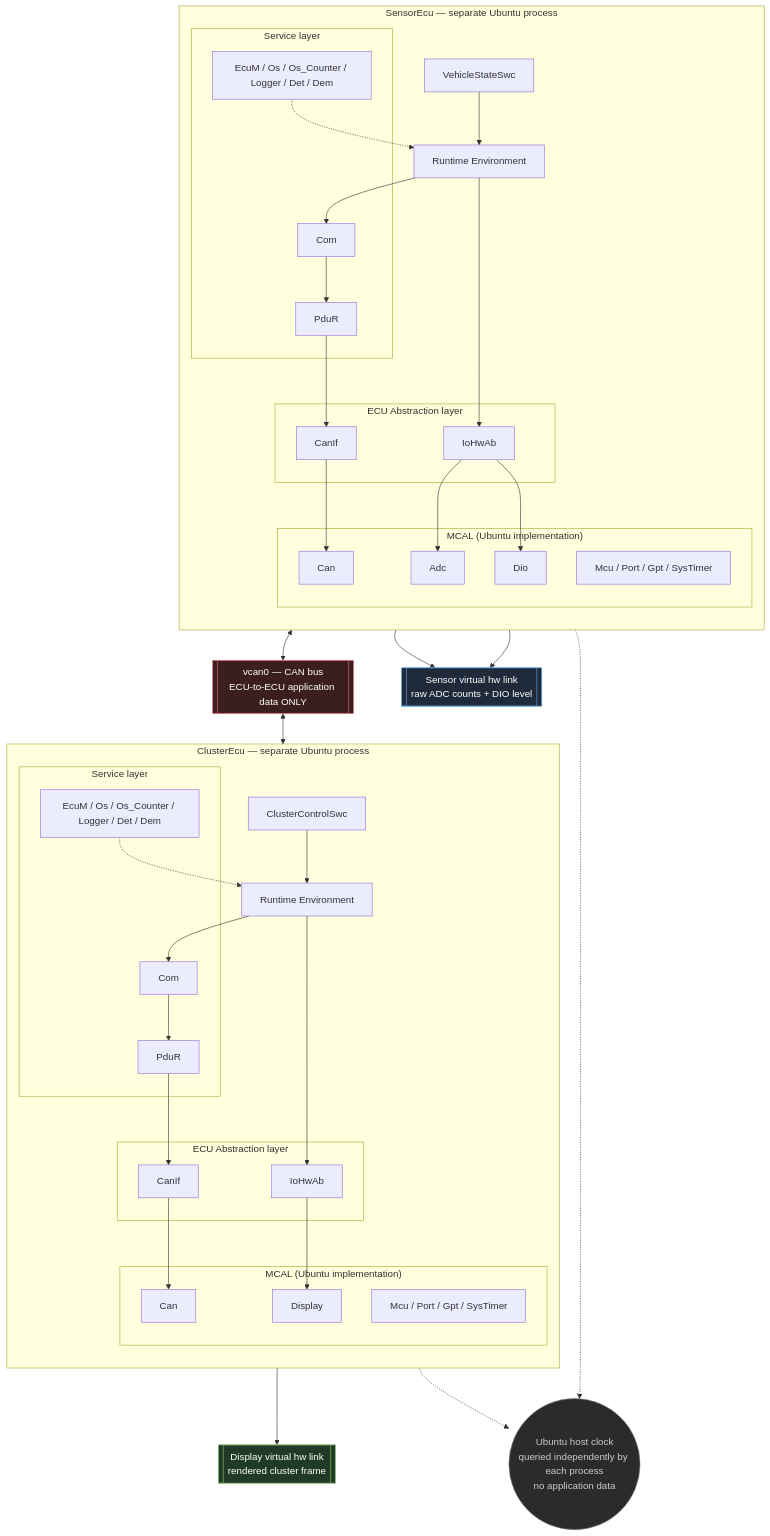
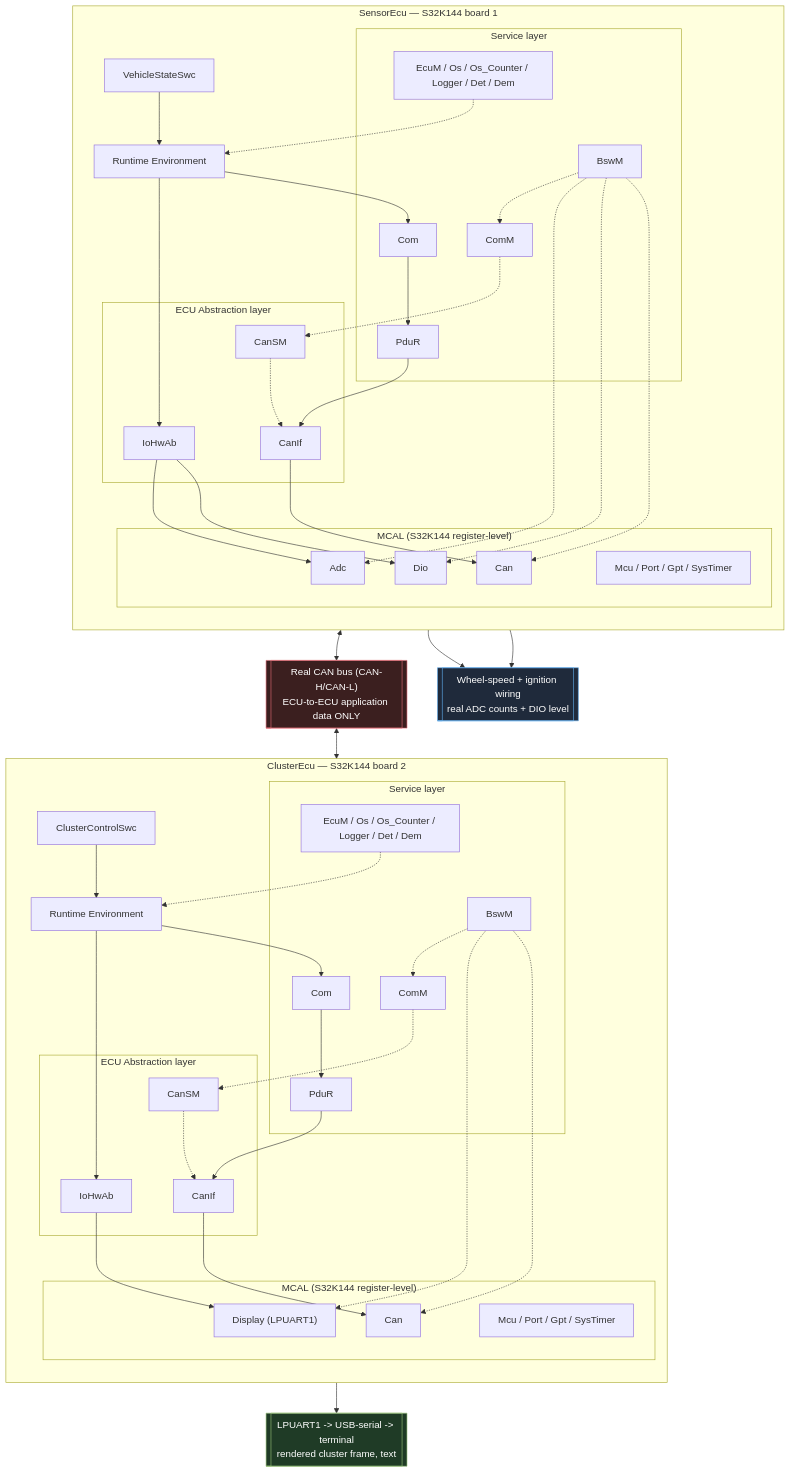
The first of 4 diagrams in docs/ARCHITECTURE.md (TTonyVi/autosar_s1), drawn with Mermaid before and after one commit. The commit also changed other lines of this file and 203 other files, not shown here.

First line of the commit message:
Pivot main tree to S32K144-hardware-only, freeze Ubuntu sim in legacy-sim/

````diff
--- a/docs/ARCHITECTURE.md
+++ b/docs/ARCHITECTURE.md
@@ -16,6 +28,6 @@
 ```mermaid
 flowchart TB
-    subgraph SENSOR["SensorEcu — separate Ubuntu process"]
+    subgraph SENSOR["SensorEcu — S32K144 board 1"]
         direction TB
         SASW["VehicleStateSwc"]
         SRTE["Runtime Environment"]
@@ -23,12 +35,15 @@
             SCOM["Com"]
             SPDUR["PduR"]
             SSRV["EcuM / Os / Os_Counter / Logger / Det / Dem"]
+            SBSWM["BswM"]
+            SCOMM["ComM"]
         end
         subgraph SEAL["ECU Abstraction layer"]
             SCANIF["CanIf"]
+            SCANSM["CanSM"]
             SIOHWAB["IoHwAb"]
         end
-        subgraph SMCAL["MCAL (Ubuntu implementation)"]
+        subgraph SMCAL["MCAL (S32K144 register-level)"]
             SCANDRV["Can"]
             SADC["Adc"]
             SDIO["Dio"]
@@ -40,9 +55,13 @@
         SIOHWAB --> SADC
         SIOHWAB --> SDIO
         SSRV -.-> SRTE
+        SBSWM -.-> SCOMM -.-> SCANSM -.-> SCANIF
+        SBSWM -.-> SADC
+        SBSWM -.-> SDIO
+        SBSWM -.-> SCANDRV
     end
 
-    subgraph CLUSTER["ClusterEcu — separate Ubuntu process"]
+    subgraph CLUSTER["ClusterEcu — S32K144 board 2"]
         direction TB
         CASW["ClusterControlSwc"]
         CRTE["Runtime Environment"]
@@ -50,41 +69,42 @@
             CCOM["Com"]
             CPDUR["PduR"]
             CSRV["EcuM / Os / Os_Counter / Logger / Det / Dem"]
+            CBSWM["BswM"]
+            CCOMM["ComM"]
         end
         subgraph CEAL["ECU Abstraction layer"]
             CCANIF["CanIf"]
+            CCANSM["CanSM"]
             CIOHWAB["IoHwAb"]
         end
-        subgraph CMCAL["MCAL (Ubuntu implementation)"]
+        subgraph CMCAL["MCAL (S32K144 register-level)"]
             CCANDRV["Can"]
-            CDISP["Display"]
+            CDISP["Display (LPUART1)"]
             CBASE["Mcu / Port / Gpt / SysTimer"]
         end
         CASW --> CRTE
         CRTE --> CCOM --> CPDUR --> CCANIF --> CCANDRV
         CRTE --> CIOHWAB --> CDISP
         CSRV -.-> CRTE
+        CBSWM -.-> CCOMM -.-> CCANSM -.-> CCANIF
+        CBSWM -.-> CDISP
+        CBSWM -.-> CCANDRV
     end
 
-    CANBUS[["vcan0 — CAN bus\nECU-to-ECU application data ONLY"]]
-    SENSORLINK[["Sensor virtual hw link\nraw ADC counts + DIO level"]]
-    DISPLAYLINK[["Display virtual hw link\nrendered cluster frame"]]
-    HOSTCLOCK(("Ubuntu host clock\nqueried independently by each process\nno application data"))
+    CANBUS[["Real CAN bus (CAN-H/CAN-L)\nECU-to-ECU application data ONLY"]]
+    SENSORWIRE[["Wheel-speed + ignition wiring\nreal ADC counts + DIO level"]]
+    UARTLINK[["LPUART1 -> USB-serial -> terminal\nrendered cluster frame, text"]]
 
     SCANDRV <--> CANBUS
     CANBUS <--> CCANDRV
-    SADC --> SENSORLINK
-    SDIO --> SENSORLINK
-    CDISP --> DISPLAYLINK
-    SBASE -.-> HOSTCLOCK
-    CBASE -.-> HOSTCLOCK
+    SADC --> SENSORWIRE
+    SDIO --> SENSORWIRE
+    CDISP --> UARTLINK
 
     classDef canChan fill:#3b1f1f,stroke:#e06c75,color:#fff
     classDef sensorChan fill:#1f2a3b,stroke:#61afef,color:#fff
     classDef displayChan fill:#1f3b26,stroke:#98c379,color:#fff
-    classDef hostChan fill:#2b2b2b,stroke:#888,color:#ccc
     class CANBUS canChan
-    class SENSORLINK sensorChan
-    class DISPLAYLINK displayChan
-    class HOSTCLOCK hostChan
+    class SENSORWIRE sensorChan
+    class UARTLINK displayChan
 ```
````
